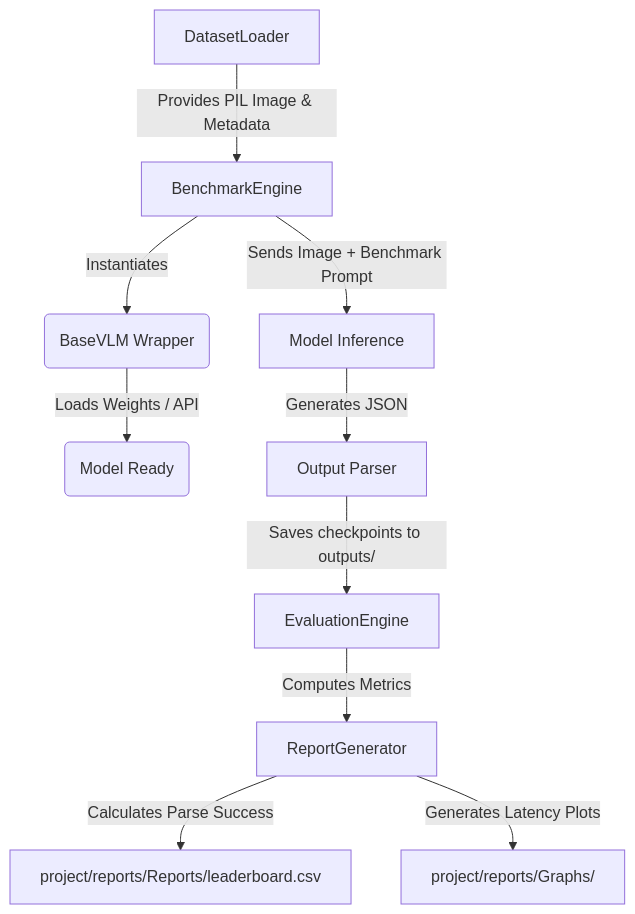
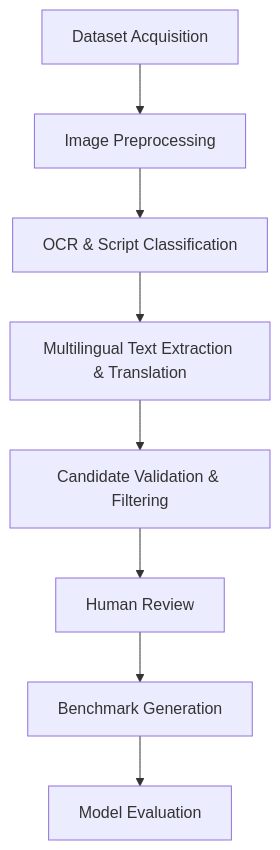
The diagram in docs/pipeline.md (biswajeettarasia88-byte/multilingual-vlm-benchmark-2), drawn with Mermaid before and after one commit. The commit also changed other lines of this file and 130 other files, not shown here.

````diff
--- a/docs/pipeline.md
+++ b/docs/pipeline.md
@@ -7,12 +8,10 @@
 ```mermaid
 graph TD
-    A[DatasetLoader] -->|Provides PIL Image & Metadata| B[BenchmarkEngine]
-    B -->|Instantiates| C(BaseVLM Wrapper)
-    C -->|Loads Weights / API| D(Model Ready)
-    B -->|Sends Image + Benchmark Prompt| E[Model Inference]
-    E -->|Generates JSON| F[Output Parser]
-    F -->|Saves checkpoints to outputs/| G[EvaluationEngine]
-    G -->|Computes Metrics| H[ReportGenerator]
-    H -->|Calculates Parse Success| J[project/reports/Reports/leaderboard.csv]
-    H -->|Generates Latency Plots| K[project/reports/Graphs/]
+    A[Dataset Acquisition] --> B[Image Preprocessing]
+    B --> C[OCR & Script Classification]
+    C --> D[Multilingual Text Extraction & Translation]
+    D --> E[Candidate Validation & Filtering]
+    E --> F[Human Review]
+    F --> G[Benchmark Generation]
+    G --> H[Model Evaluation]
 ```
````
